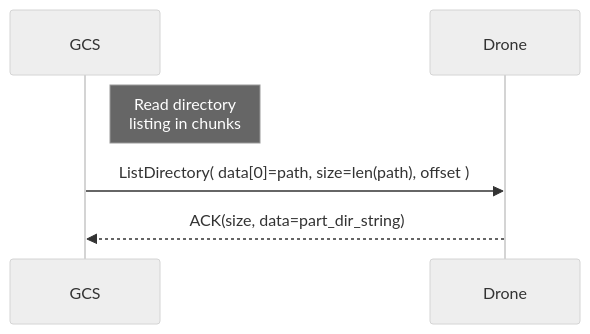
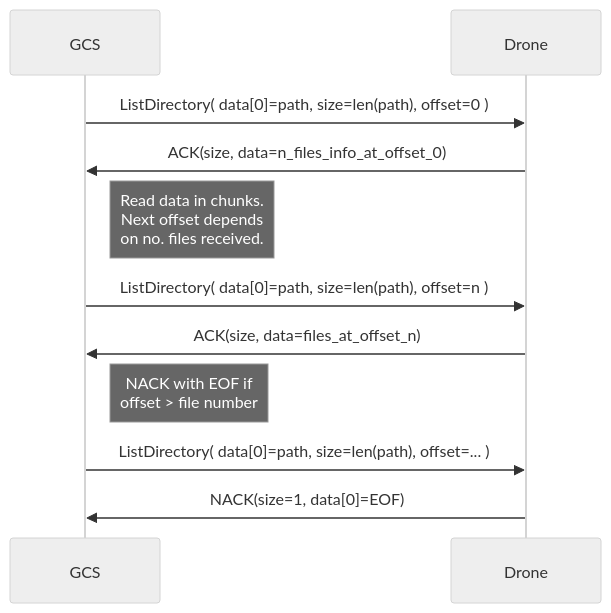
The fifth of 7 diagrams in en/services/ftp.md (mavlink/mavlink-devguide), drawn with Mermaid (neutral theme) before and after one commit. The commit also changed other lines of this file, not shown here.

Commit message:
FTP service: Clarify ListDirectory

```diff
--- a/en/services/ftp.md
+++ b/en/services/ftp.md
@@ -292,8 +293,13 @@
 {% mermaid %}
 sequenceDiagram;
     participant GCS
     participant Drone
-    Note right of GCS: Read directory<br>listing in chunks
-    GCS->>Drone:  ListDirectory( data[0]=path, size=len(path), offset )
-    Drone-->>GCS: ACK(size, data=part_dir_string)
+    GCS->>Drone:  ListDirectory( data[0]=path, size=len(path), offset=0 )
+    Drone->>GCS: ACK(size, data=n_files_info_at_offset_0)
+    Note right of GCS: Read data in chunks.<br>Next offset depends<br>on no. files received.
+    GCS->>Drone:  ListDirectory( data[0]=path, size=len(path), offset=n )
+    Drone->>GCS: ACK(size, data=files_at_offset_n)
+    Note right of GCS: NACK with EOF if<br>offset > file number
+    GCS->>Drone:  ListDirectory( data[0]=path, size=len(path), offset=... )
+    Drone->>GCS: NACK(size=1, data[0]=EOF)
 {% endmermaid %}
```
